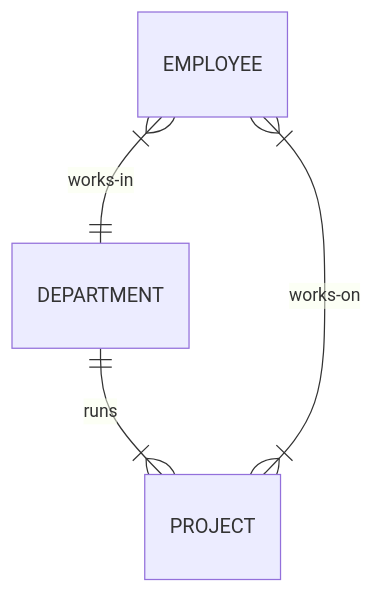
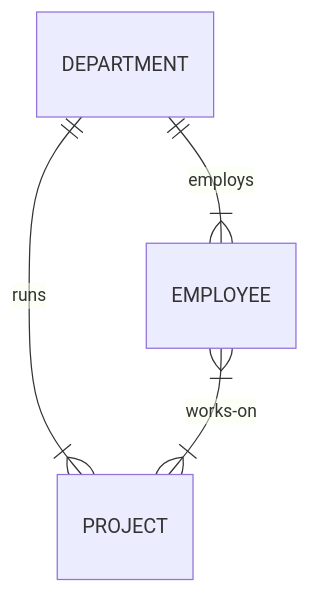
Before and after one commit to conmaol/maglocunus: the first of 4 diagrams in h/hierarchical_data_models.md, drawn with Mermaid. The commit also changed other lines of this file, not shown here.

First line of the commit message:
Add mermaid diagrams for hierarchical data models

````diff
--- a/h/hierarchical_data_models.md
+++ b/h/hierarchical_data_models.md
@@ -7,6 +6,6 @@
 ```mermaid
 erDiagram
-    EMPLOYEE }|--|| DEPARTMENT : works-in
-    DEPARTMENT ||--|{ PROJECT : runs
-    EMPLOYEE }|--|{ PROJECT : works-on
+  DEPARTMENT ||--|{ EMPLOYEE : employs
+  DEPARTMENT ||--|{ PROJECT : runs
+  EMPLOYEE }|--|{ PROJECT : works-on
 ```
````
